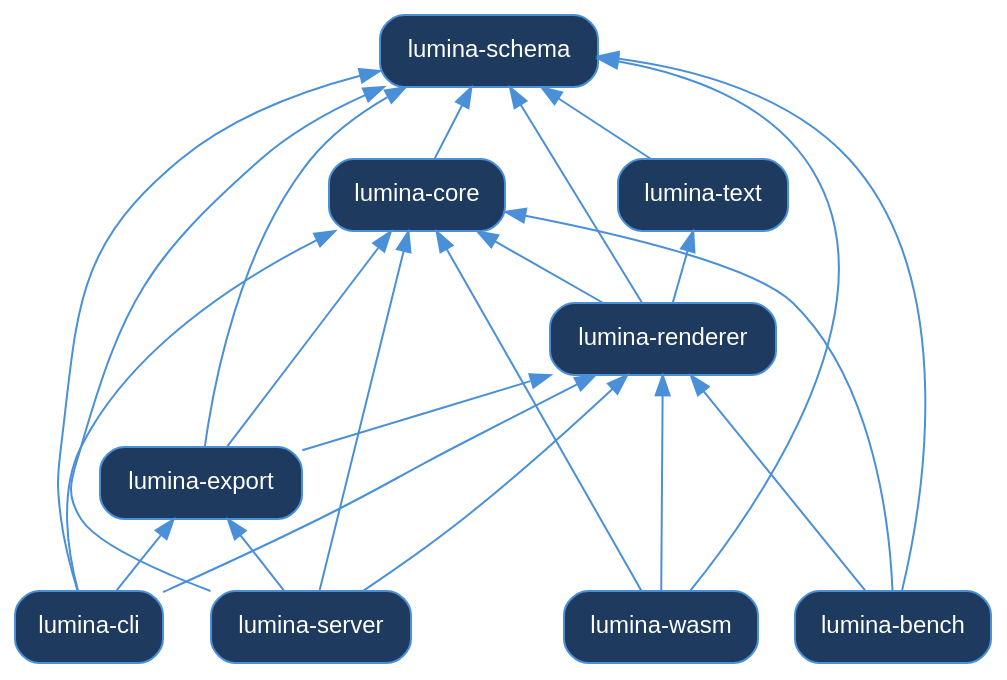
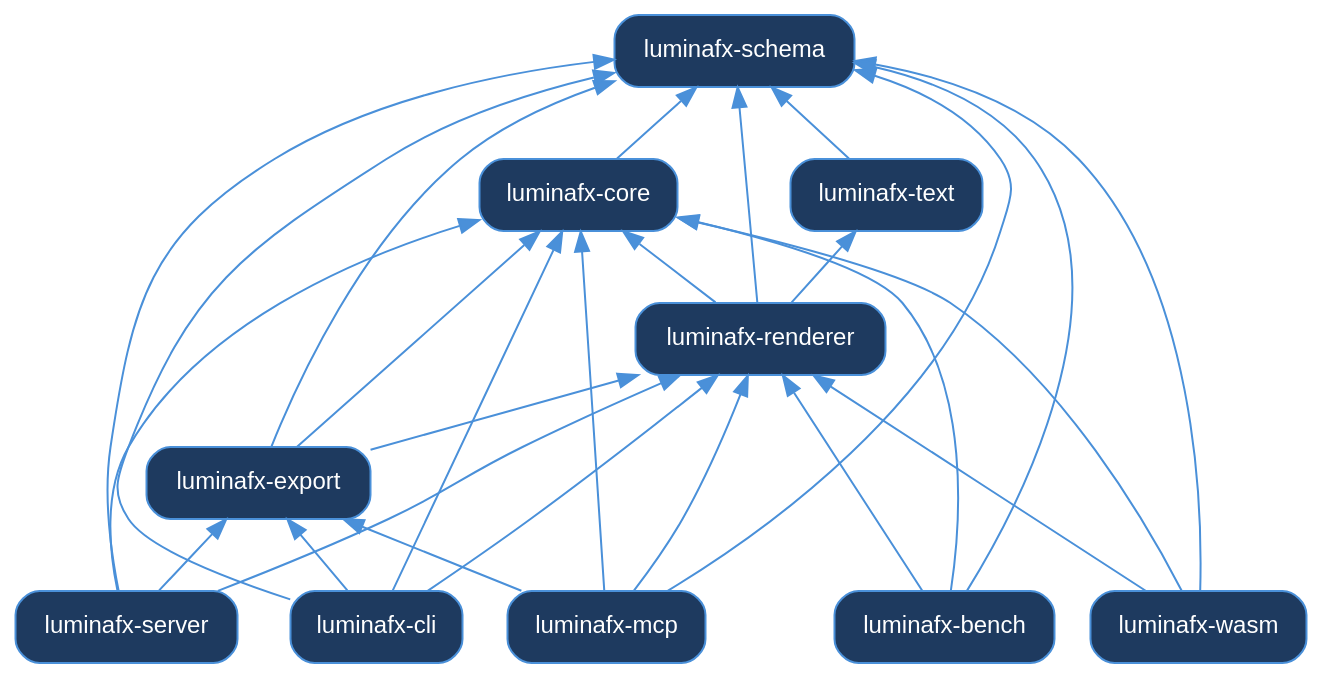
The diagram in docs/architecture/dependency-graph.dot (SakarZaidan/lumina), drawn with Graphviz before and after one commit. The commit also changed 4 other files, not shown here.

First line of the commit message:
docs: bring the architecture chapter's parity table and graph up to date

```diff
--- a/docs/architecture/dependency-graph.dot
+++ b/docs/architecture/dependency-graph.dot
@@ -1,42 +1,47 @@
 // GENERATED by gen-diagrams.sh — do not edit by hand.
 digraph crates {
   rankdir=BT; bgcolor="transparent";
   node [shape=box, style="rounded,filled", fillcolor="#1E3A5F", fontcolor=white,        color="#4A90D9", fontname="Helvetica", fontsize=12];
   edge [color="#4A90D9"];
-  "lumina-core";
-  "lumina-schema";
-  "lumina-renderer";
-  "lumina-text";
-  "lumina-export";
-  "lumina-server";
-  "lumina-wasm";
-  "lumina-bench";
-  "lumina-cli";
-  "lumina-core" -> "lumina-schema";
-  "lumina-renderer" -> "lumina-core";
-  "lumina-renderer" -> "lumina-schema";
-  "lumina-renderer" -> "lumina-text";
-  "lumina-text" -> "lumina-schema";
-  "lumina-export" -> "lumina-core";
-  "lumina-export" -> "lumina-renderer";
-  "lumina-export" -> "lumina-schema";
-  "lumina-server" -> "lumina-core";
-  "lumina-server" -> "lumina-export";
-  "lumina-server" -> "lumina-renderer";
-  "lumina-server" -> "lumina-schema";
-  "lumina-wasm" -> "lumina-core";
-  "lumina-wasm" -> "lumina-renderer";
-  "lumina-wasm" -> "lumina-schema";
-  "lumina-bench" -> "lumina-core";
-  "lumina-bench" -> "lumina-renderer";
-  "lumina-bench" -> "lumina-schema";
-  "lumina-cli" -> "lumina-core";
-  "lumina-cli" -> "lumina-export";
-  "lumina-cli" -> "lumina-renderer";
-  "lumina-cli" -> "lumina-schema";
-  { rank=same; "lumina-schema"; }
-  { rank=same; "lumina-core"; "lumina-text"; }
-  { rank=same; "lumina-renderer"; }
-  { rank=same; "lumina-export"; }
-  { rank=same; "lumina-server"; "lumina-wasm"; "lumina-cli"; "lumina-bench"; }
+  "luminafx-core";
+  "luminafx-schema";
+  "luminafx-renderer";
+  "luminafx-text";
+  "luminafx-export";
+  "luminafx-server";
+  "luminafx-mcp";
+  "luminafx-wasm";
+  "luminafx-bench";
+  "luminafx-cli";
+  "luminafx-core" -> "luminafx-schema";
+  "luminafx-renderer" -> "luminafx-core";
+  "luminafx-renderer" -> "luminafx-schema";
+  "luminafx-renderer" -> "luminafx-text";
+  "luminafx-text" -> "luminafx-schema";
+  "luminafx-export" -> "luminafx-core";
+  "luminafx-export" -> "luminafx-renderer";
+  "luminafx-export" -> "luminafx-schema";
+  "luminafx-server" -> "luminafx-core";
+  "luminafx-server" -> "luminafx-export";
+  "luminafx-server" -> "luminafx-renderer";
+  "luminafx-server" -> "luminafx-schema";
+  "luminafx-mcp" -> "luminafx-core";
+  "luminafx-mcp" -> "luminafx-export";
+  "luminafx-mcp" -> "luminafx-renderer";
+  "luminafx-mcp" -> "luminafx-schema";
+  "luminafx-wasm" -> "luminafx-core";
+  "luminafx-wasm" -> "luminafx-renderer";
+  "luminafx-wasm" -> "luminafx-schema";
+  "luminafx-bench" -> "luminafx-core";
+  "luminafx-bench" -> "luminafx-renderer";
+  "luminafx-bench" -> "luminafx-schema";
+  "luminafx-cli" -> "luminafx-core";
+  "luminafx-cli" -> "luminafx-export";
+  "luminafx-cli" -> "luminafx-renderer";
+  "luminafx-cli" -> "luminafx-schema";
+  { rank=same; "luminafx-schema"; }
+  { rank=same; "luminafx-core"; "luminafx-text"; }
+  { rank=same; "luminafx-renderer"; }
+  { rank=same; "luminafx-export"; }
+  { rank=same; "luminafx-server"; "luminafx-mcp"; "luminafx-wasm"; "luminafx-cli"; "luminafx-bench"; }
 }
```
